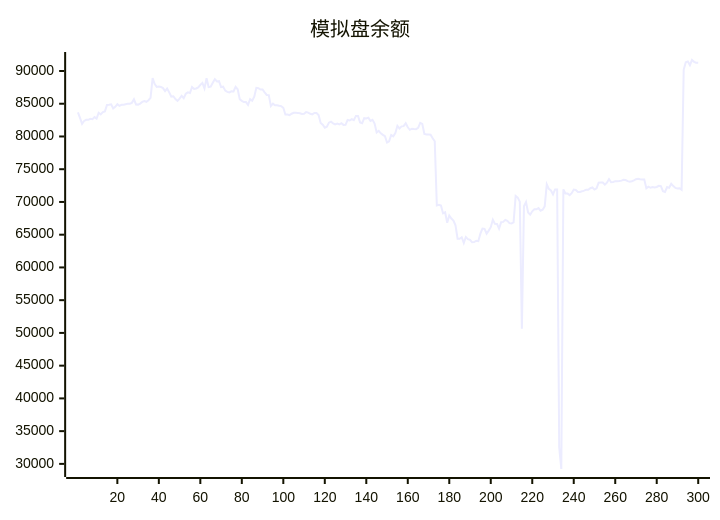
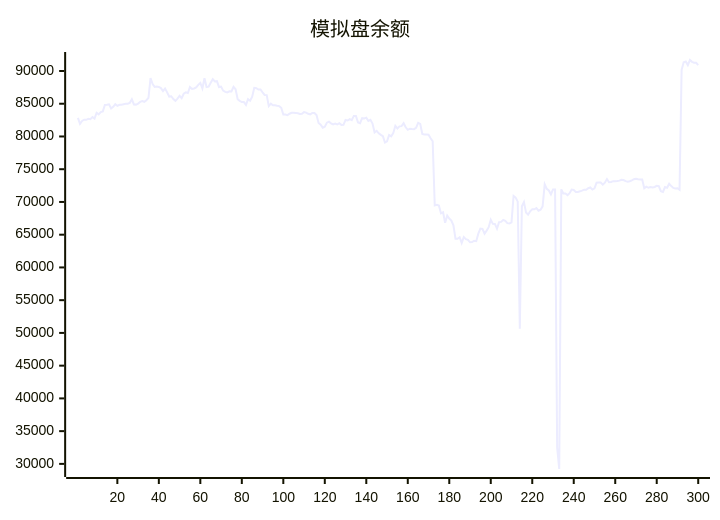
The diagram in README.md (aahl/ai-trading), drawn with Mermaid before and after one commit. The commit also changed other lines of this file and 1 other file, not shown here.

````diff
--- a/README.md
+++ b/README.md
@@ -5,5 +5,5 @@
 ```mermaid
 xychart
     title "模拟盘余额"
-    line [83667,82850,81924,82369,82552,82539,82695,82648,82962,82728,83619,83378,83710,83825,84819,84854,84917,84265,84527,84919,84668,84834,84850,84916,84981,85004,85131,85674,84891,84864,85019,85284,85393,85294,85538,85894,88904,88012,87567,87625,87568,87386,86920,87313,86737,86094,86143,85725,85437,85787,86219,85859,86526,86740,86630,87563,87264,87335,87483,87886,88180,87335,88894,87544,87608,88207,88755,88401,88444,87543,87608,87000,86810,86740,86894,86884,87576,87209,85686,85435,85251,85255,84820,85689,85453,86066,87420,87373,87161,87178,86740,86341,86315,84643,85012,84772,84768,84690,84635,84376,83360,83357,83259,83474,83608,83606,83602,83548,83440,83454,83724,83644,83464,83365,83590,83592,83275,82072,81806,81344,81492,82109,82254,82006,81848,81955,81829,82022,81769,81776,82522,82441,82656,82498,83144,83144,82150,82038,82797,82763,82872,82367,82536,81981,80612,80862,80484,80242,80034,79063,79245,80226,80016,80507,81625,81233,81544,81578,82016,81401,81019,81186,81130,81118,81306,82066,81909,80392,80304,80291,80258,79729,79261,69466,69579,69456,68251,68415,66832,67911,67462,67144,66432,64380,64375,64606,63740,64647,64324,64216,63842,63877,64078,64008,65156,65945,65888,65157,65625,66144,67284,66653,66639,65924,66925,66956,67263,67108,66766,66729,66886,70927,70673,70049,50652,69334,69973,68400,68061,68578,68876,68879,69055,68662,68822,69329,72687,71999,71760,71162,71911,71896,32500,29218,71927,71297,71305,71044,71337,71883,71822,71536,71536,71622,71723,71880,71860,72100,72216,71887,72077,72940,72976,72966,72638,72948,73497,73004,73041,73173,73160,73186,73258,73375,73351,73173,73098,73161,73305,73474,73536,73457,73413,73412,72100,72333,72164,72272,72204,72285,72461,72421,71652,71521,72267,72157,72774,72424,72144,72060,72091,71858,90185,91338,91466,90900,91678,91404,91268,91244]
+    line [82850,81924,82369,82552,82539,82695,82648,82962,82728,83619,83378,83710,83825,84819,84854,84917,84265,84527,84919,84668,84834,84850,84916,84981,85004,85131,85674,84891,84864,85019,85284,85393,85294,85538,85894,88904,88012,87567,87625,87568,87386,86920,87313,86737,86094,86143,85725,85437,85787,86219,85859,86526,86740,86630,87563,87264,87335,87483,87886,88180,87335,88894,87544,87608,88207,88755,88401,88444,87543,87608,87000,86810,86740,86894,86884,87576,87209,85686,85435,85251,85255,84820,85689,85453,86066,87420,87373,87161,87178,86740,86341,86315,84643,85012,84772,84768,84690,84635,84376,83360,83357,83259,83474,83608,83606,83602,83548,83440,83454,83724,83644,83464,83365,83590,83592,83275,82072,81806,81344,81492,82109,82254,82006,81848,81955,81829,82022,81769,81776,82522,82441,82656,82498,83144,83144,82150,82038,82797,82763,82872,82367,82536,81981,80612,80862,80484,80242,80034,79063,79245,80226,80016,80507,81625,81233,81544,81578,82016,81401,81019,81186,81130,81118,81306,82066,81909,80392,80304,80291,80258,79729,79261,69466,69579,69456,68251,68415,66832,67911,67462,67144,66432,64380,64375,64606,63740,64647,64324,64216,63842,63877,64078,64008,65156,65945,65888,65157,65625,66144,67284,66653,66639,65924,66925,66956,67263,67108,66766,66729,66886,70927,70673,70049,50652,69334,69973,68400,68061,68578,68876,68879,69055,68662,68822,69329,72687,71999,71760,71162,71911,71896,32500,29218,71927,71297,71305,71044,71337,71883,71822,71536,71536,71622,71723,71880,71860,72100,72216,71887,72077,72940,72976,72966,72638,72948,73497,73004,73041,73173,73160,73186,73258,73375,73351,73173,73098,73161,73305,73474,73536,73457,73413,73412,72100,72333,72164,72272,72204,72285,72461,72421,71652,71521,72267,72157,72774,72424,72144,72060,72091,71858,90185,91338,91466,90900,91678,91404,91268,91244,90903]
 ```
````
